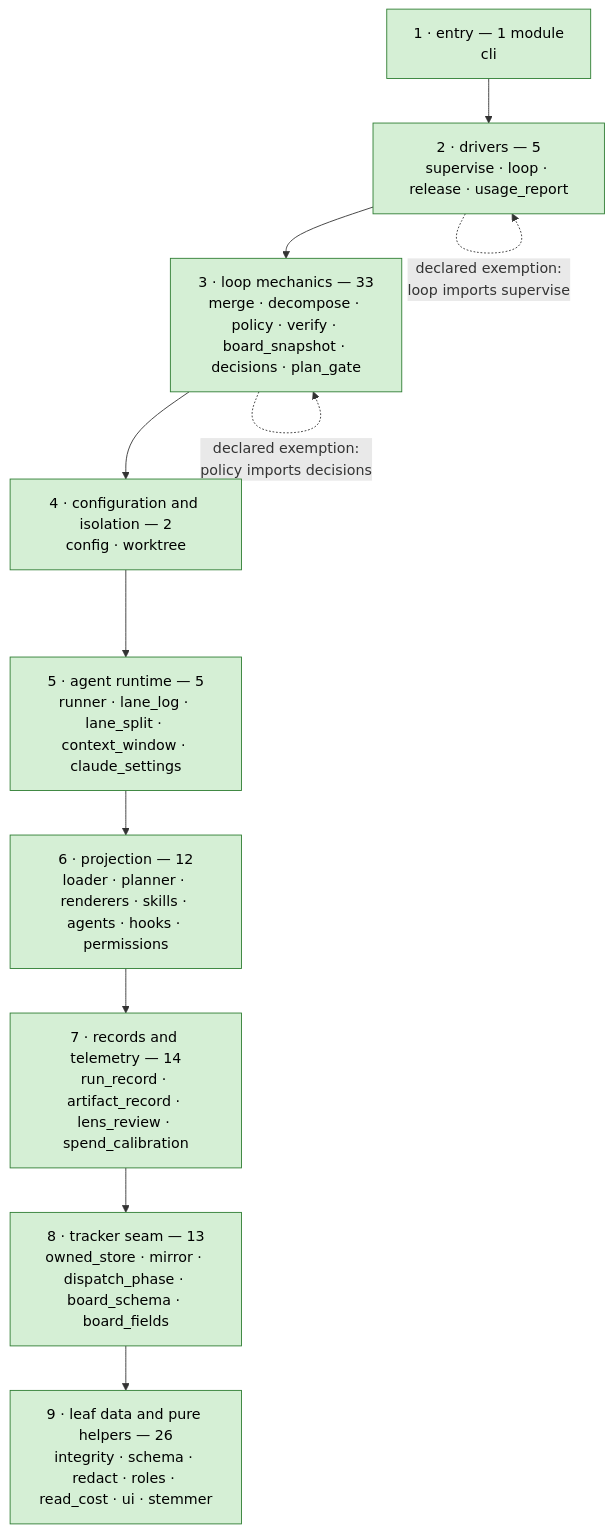
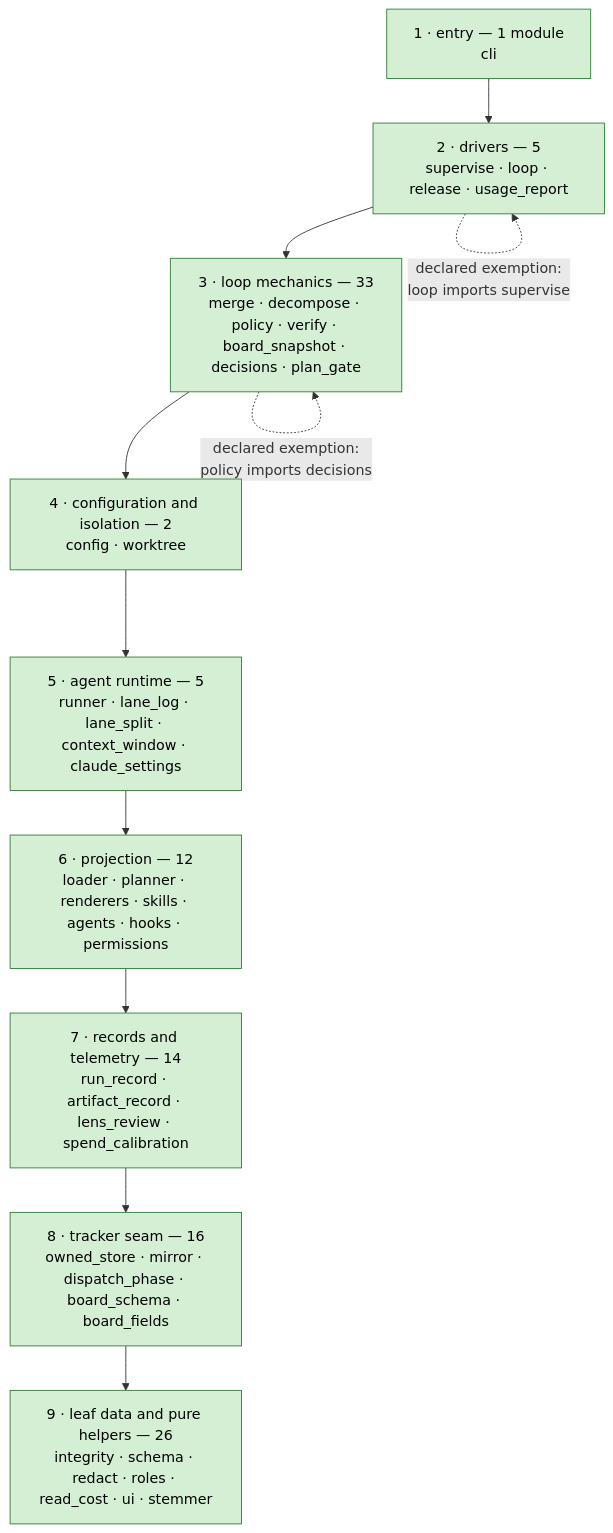
Before and after one commit to niksavis/basicly: diagram 14 of 16 in docs/architecture/architecture.md, drawn with Mermaid. The commit also changed other lines of this file and 17 other files, not shown here.

````diff
--- a/docs/architecture/architecture.md
+++ b/docs/architecture/architecture.md
@@ -3299,19 +3299,19 @@
 ```mermaid
 flowchart TB
   b1["1 · entry — 1 module<br/>cli"]
   b2["2 · drivers — 5<br/>supervise · loop · release · usage_report"]
   b3["3 · loop mechanics — 33<br/>merge · decompose · policy · verify · board_snapshot · decisions · plan_gate"]
   b4["4 · configuration and isolation — 2<br/>config · worktree"]
   b5["5 · agent runtime — 5<br/>runner · lane_log · lane_split · context_window · claude_settings"]
   b6["6 · projection — 12<br/>loader · planner · renderers · skills · agents · hooks · permissions"]
   b7["7 · records and telemetry — 14<br/>run_record · artifact_record · lens_review · spend_calibration"]
-  b8["8 · tracker seam — 13<br/>owned_store · mirror · dispatch_phase · board_schema · board_fields"]
+  b8["8 · tracker seam — 16<br/>owned_store · mirror · dispatch_phase · board_schema · board_fields"]
   b9["9 · leaf data and pure helpers — 26<br/>integrity · schema · redact · roles · read_cost · ui · stemmer"]
 
   b1 --> b2 --> b3 --> b4 --> b5 --> b6 --> b7 --> b8 --> b9
   b2 -.->|"declared exemption:<br/>loop imports supervise"| b2
   b3 -.->|"declared exemption:<br/>policy imports decisions"| b3
 
   classDef shipped fill:#d5efd5,stroke:#2e7d32,color:#000
   class b1,b2,b3,b4,b5,b6,b7,b8,b9 shipped
 ```
````
